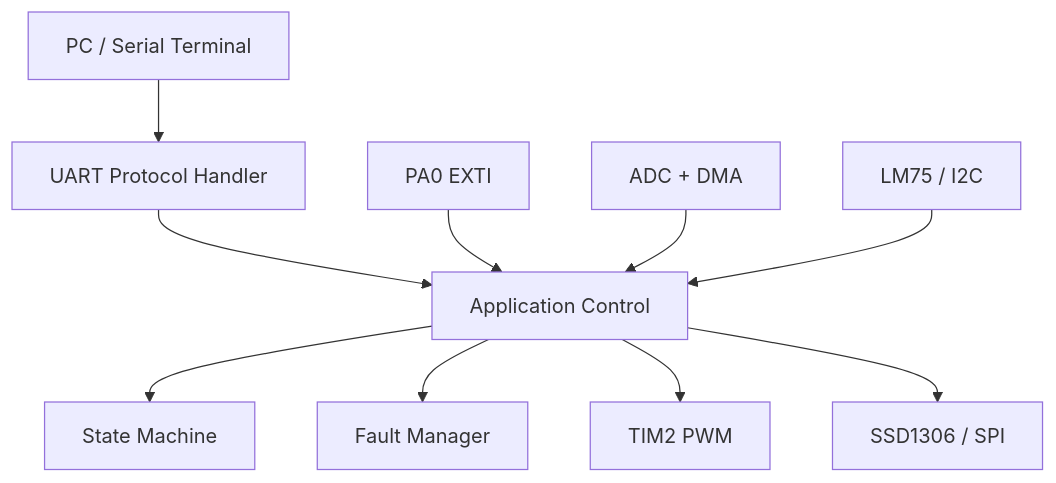
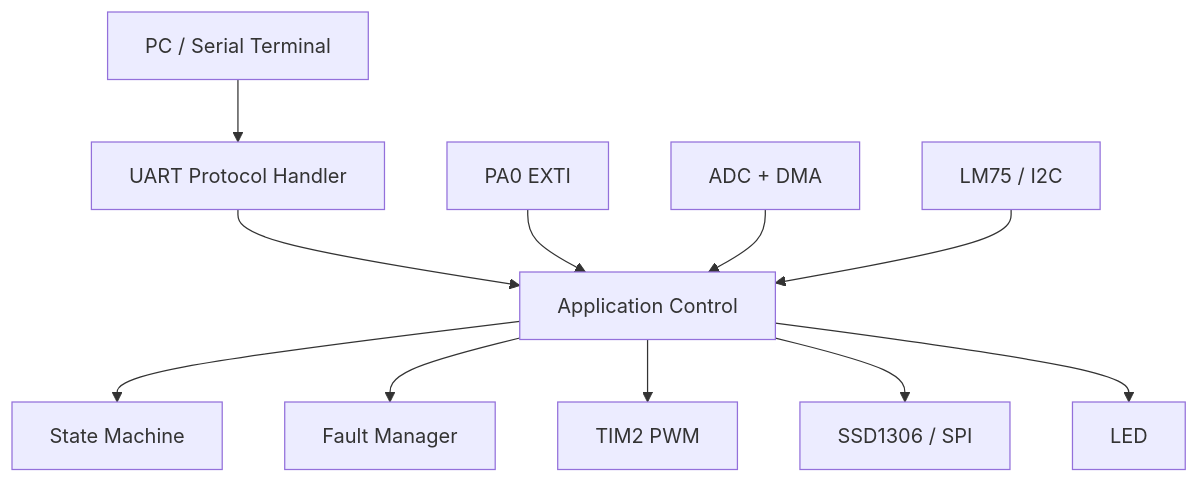
Before and after one commit to John0729/STM32F407-Smart-Controller: the first of 7 diagrams in README.md, drawn with Mermaid. The commit also changed other lines of this file and 2 other files, not shown here.

````diff
--- a/README.md
+++ b/README.md
@@ -44,29 +44,30 @@
 ```mermaid
 flowchart TD
 
     PC[PC / Serial Terminal]
     UART[UART Protocol Handler]
     APP[Application Control]
     STATE[State Machine]
     FAULT[Fault Manager]
 
     ADC[ADC + DMA]
     TEMP[LM75 / I2C]
     OLED[SSD1306 / SPI]
     PWM[TIM2 PWM]
     BUTTON[PA0 EXTI]
 
     PC --> UART
     UART --> APP
 
     BUTTON --> APP
 
     APP --> STATE
     APP --> FAULT
 
     ADC --> APP
     TEMP --> APP
 
     APP --> PWM
     APP --> OLED
+    APP --> LED
 ```
````
